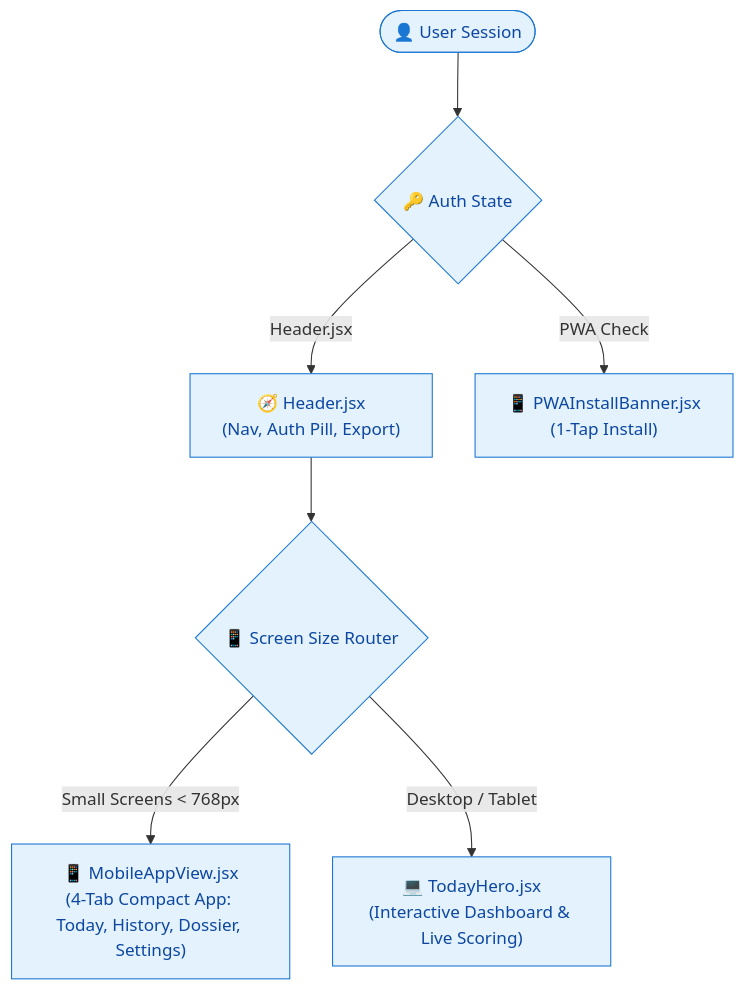
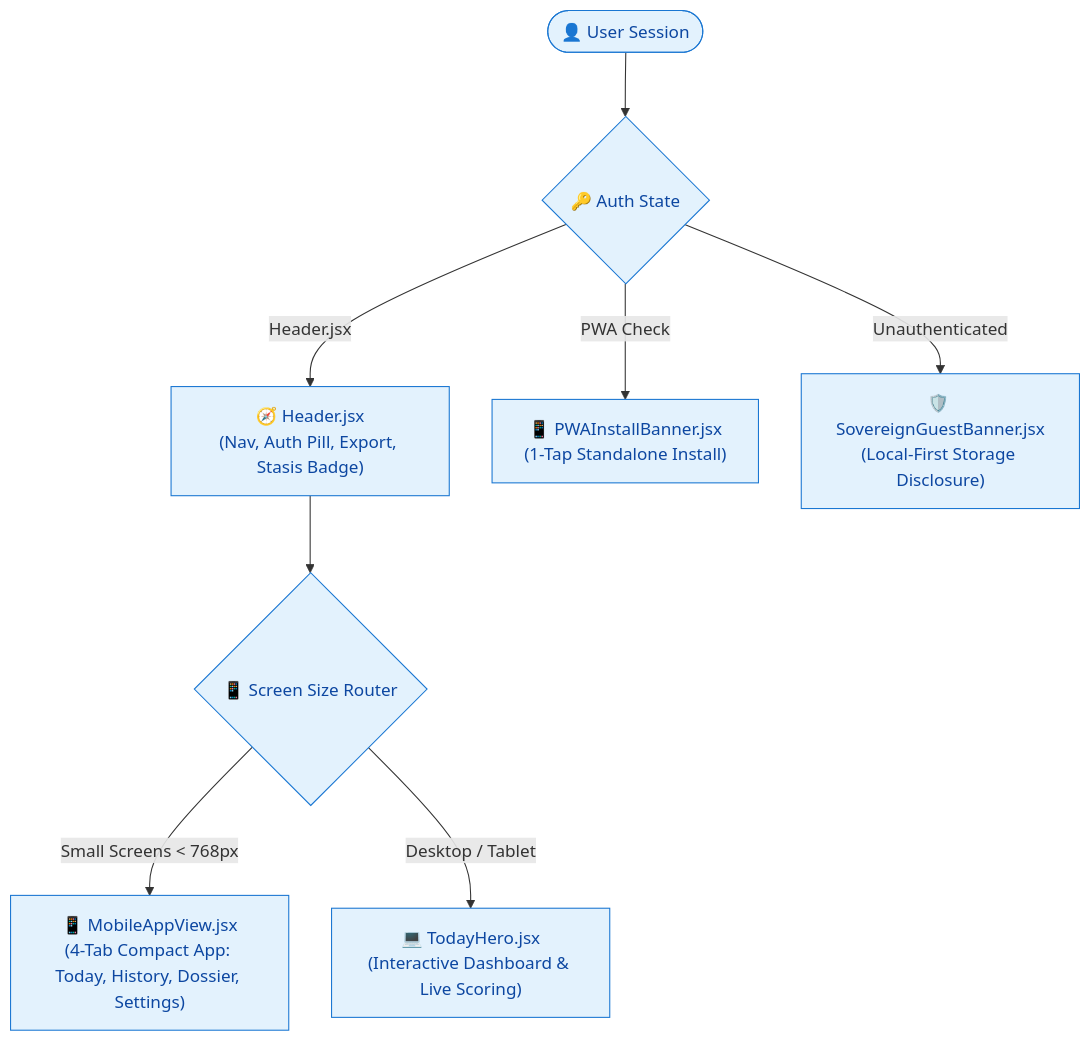
One commit to TRINNO112/shit-or-hit changed the second of 10 diagrams in README.md. Above: the diagram before and after it, drawn with Mermaid. The commit also changed other lines of this file, not shown here.

Commit message:
D385: Expand frontend architecture showcase in README with Stasis Sanctuary, Behavioral Trilogy, AES Vault, and DPDPA 2023

````diff
--- a/README.md
+++ b/README.md
@@ -58,13 +63,14 @@
 ```mermaid
 %%{init: {'flowchart': {'nodeSpacing': 40, 'rankSpacing': 60, 'curve': 'basis'}}}%%
 flowchart TD
     User(["👤 User Session"]) --> AuthCheck{"🔑 Auth State"}
-    AuthCheck -->|Header.jsx| HeaderNav["🧭 Header.jsx<br/>(Nav, Auth Pill, Export)"]
-    AuthCheck -->|PWA Check| PWABanner["📱 PWAInstallBanner.jsx<br/>(1-Tap Install)"]
+    AuthCheck -->|Header.jsx| HeaderNav["🧭 Header.jsx<br/>(Nav, Auth Pill, Export, Stasis Badge)"]
+    AuthCheck -->|PWA Check| PWABanner["📱 PWAInstallBanner.jsx<br/>(1-Tap Standalone Install)"]
     HeaderNav --> ViewRouter{"📱 Screen Size Router"}
     ViewRouter -->|"Small Screens < 768px"| MobileView["📱 MobileAppView.jsx<br/>(4-Tab Compact App: Today, History, Dossier, Settings)"]
     ViewRouter -->|Desktop / Tablet| DesktopView["💻 TodayHero.jsx<br/>(Interactive Dashboard & Live Scoring)"]
+    AuthCheck -->|Unauthenticated| GuestBanner["🛡️ SovereignGuestBanner.jsx<br/>(Local-First Storage Disclosure)"]
 
     classDef l1 fill:#E3F2FD,stroke:#1976D2,color:#0D47A1
-    class User,AuthCheck,HeaderNav,PWABanner,ViewRouter,MobileView,DesktopView l1
+    class User,AuthCheck,HeaderNav,PWABanner,ViewRouter,MobileView,DesktopView,GuestBanner l1
 ```
````
